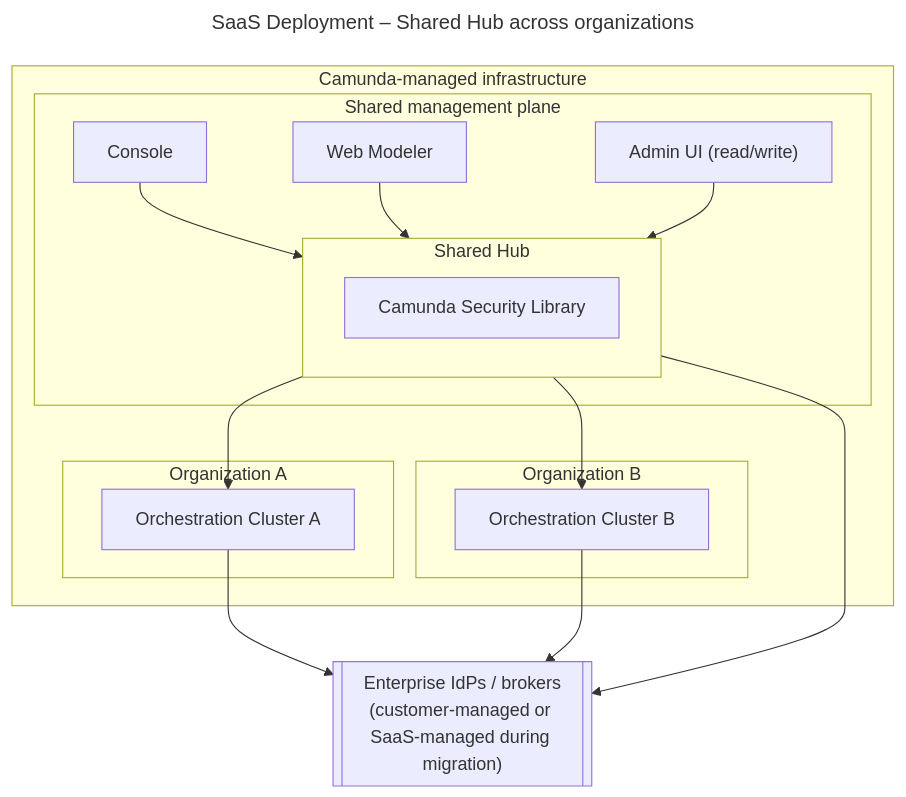
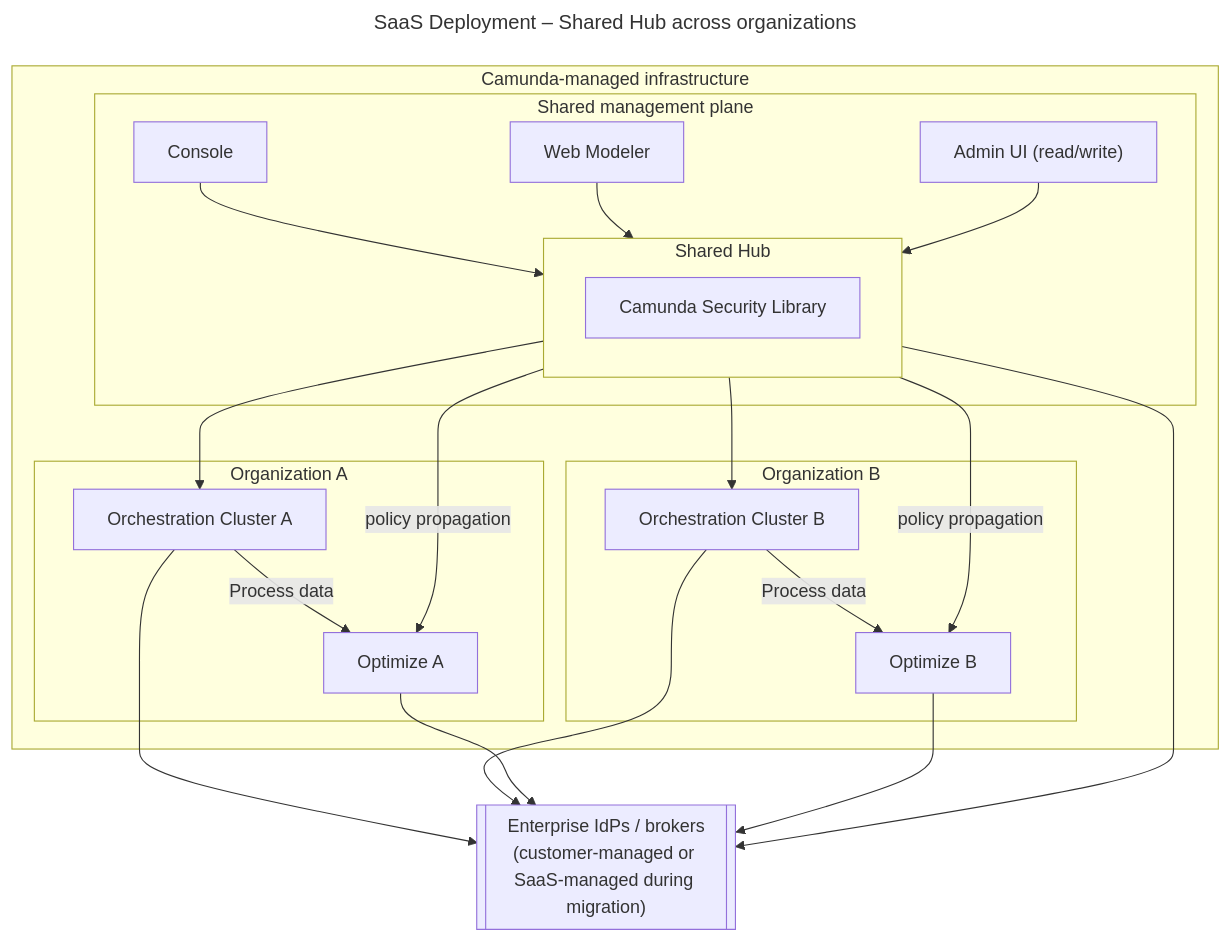
Before and after one commit to camunda/camunda-security-library: diagram 20 of 20 in docs/architecture_docs.md, drawn with Mermaid. The commit also changed other lines of this file and 1 other file, not shown here.

First line of the commit message:
docs: address open review checklist items on architecture_docs (#426)

````diff
--- a/docs/architecture_docs.md
+++ b/docs/architecture_docs.md
@@ -1608,33 +1551,39 @@
 ```mermaid
 ---
 title: SaaS Deployment – Shared Hub across organizations
 ---
 flowchart TB
   subgraph Camunda["Camunda-managed infrastructure"]
     subgraph SharedMgmt["Shared management plane"]
       Console["Console"]
       WebModeler["Web Modeler"]
       AdminHub["Admin UI (read/write)"]
 
       subgraph Hub["Shared Hub"]
         SecGatHub["Camunda Security Library"]
       end
 
       Console & WebModeler & AdminHub --> Hub
     end
 
     subgraph OrgA["Organization A"]
       OCA["Orchestration Cluster A"]
+      OptA["Optimize A"]
     end
 
     subgraph OrgB["Organization B"]
       OCB["Orchestration Cluster B"]
+      OptB["Optimize B"]
     end
 
     Hub --> OCA
     Hub --> OCB
+    Hub -->|"policy propagation"| OptA
+    Hub -->|"policy propagation"| OptB
+    OCA -->|"Process data"| OptA
+    OCB -->|"Process data"| OptB
   end
 
   EnterpriseIdP[["Enterprise IdPs / brokers</br>(customer-managed or SaaS-managed during migration)"]]
-  Hub & OCA & OCB --> EnterpriseIdP
+  Hub & OCA & OCB & OptA & OptB --> EnterpriseIdP
 ```
````
